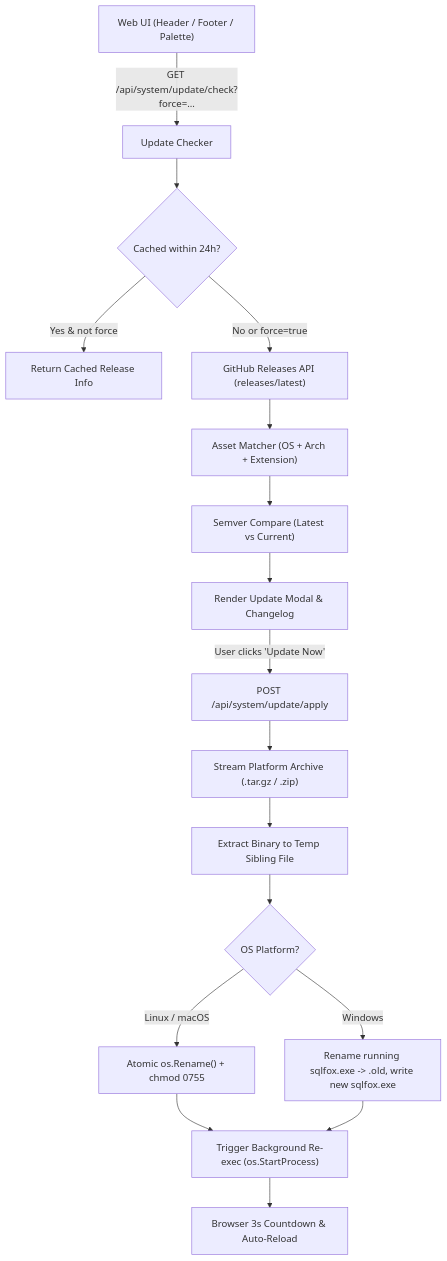
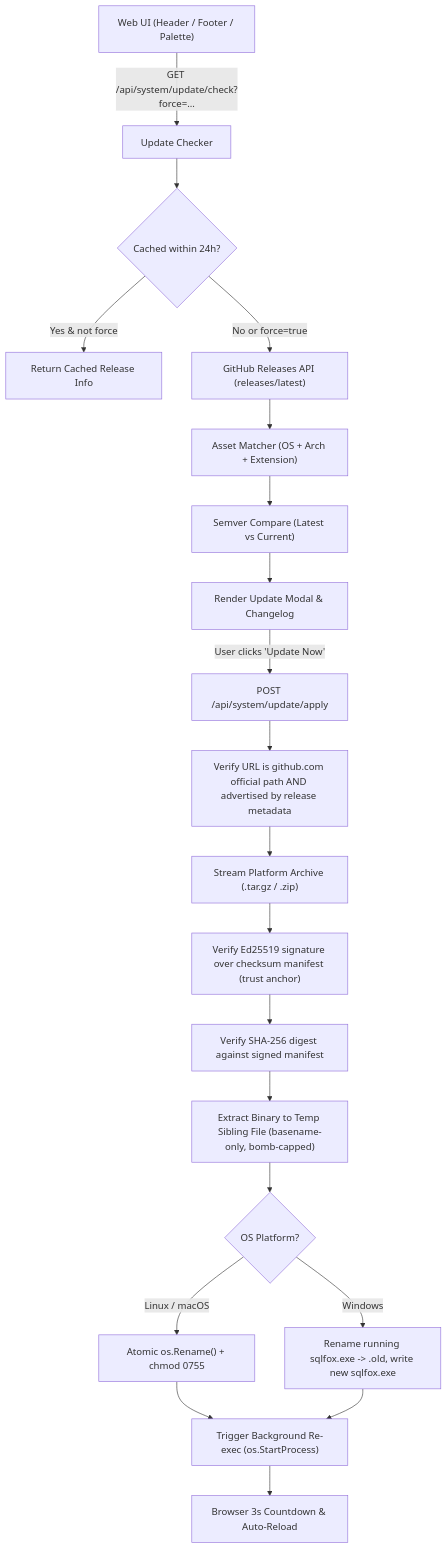
Diagram 12 of 21 in ARCHITECTURE.md (herliansyah/sqlfox), drawn with Mermaid before and after one commit. The commit also changed other lines of this file and 29 other files, not shown here.

````diff
--- a/ARCHITECTURE.md
+++ b/ARCHITECTURE.md
@@ -625,20 +625,23 @@
 ```mermaid
 flowchart TD
     UI["Web UI (Header / Footer / Palette)"] -->|GET /api/system/update/check?force=...| Check["Update Checker"]
     Check --> Cache{"Cached within 24h?"}
     Cache -->|Yes & not force| ReturnCache["Return Cached Release Info"]
     Cache -->|No or force=true| GitHubAPI["GitHub Releases API (releases/latest)"]
     GitHubAPI --> Matcher["Asset Matcher (OS + Arch + Extension)"]
     Matcher --> ParseSemver["Semver Compare (Latest vs Current)"]
     ParseSemver --> UpdateModal["Render Update Modal & Changelog"]
 
     UpdateModal -->|User clicks 'Update Now'| Apply["POST /api/system/update/apply"]
-    Apply --> Download["Stream Platform Archive (.tar.gz / .zip)"]
-    Download --> Extract["Extract Binary to Temp Sibling File"]
+    Apply --> Advertised["Verify URL is github.com official path AND advertised by release metadata"]
+    Advertised --> Download["Stream Platform Archive (.tar.gz / .zip)"]
+    Download --> SigVerify["Verify Ed25519 signature over checksum manifest (trust anchor)"]
+    SigVerify --> SumVerify["Verify SHA-256 digest against signed manifest"]
+    SumVerify --> Extract["Extract Binary to Temp Sibling File (basename-only, bomb-capped)"]
     Extract --> Replace{"OS Platform?"}
     Replace -->|Linux / macOS| AtomicRename["Atomic os.Rename() + chmod 0755"]
     Replace -->|Windows| WinRename["Rename running sqlfox.exe -> .old, write new sqlfox.exe"]
     AtomicRename --> Restart["Trigger Background Re-exec (os.StartProcess)"]
     WinRename --> Restart
     Restart --> Reload["Browser 3s Countdown & Auto-Reload"]
 ```
````
